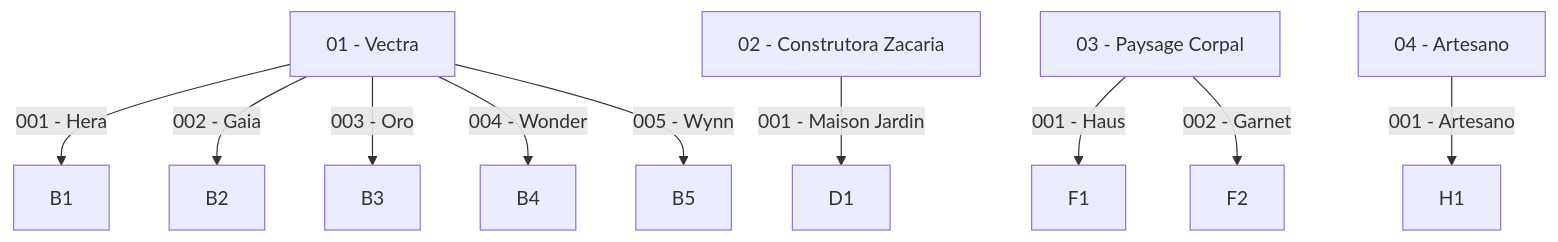
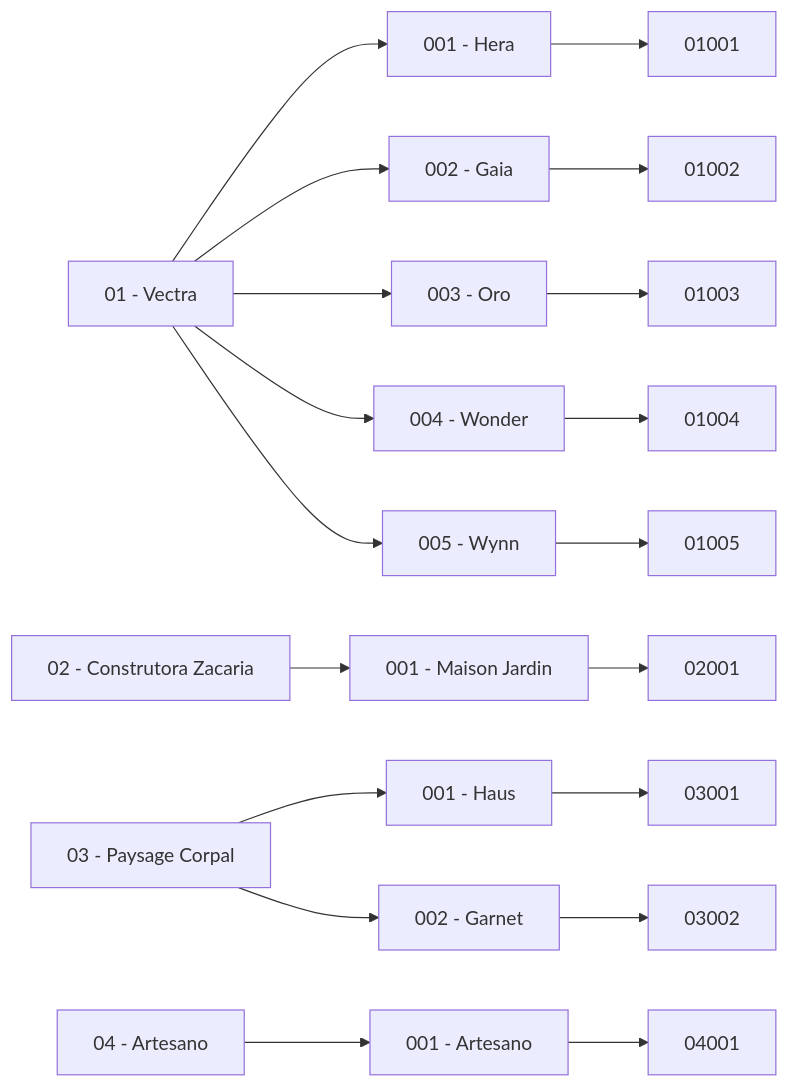
The third of 3 diagrams in readme.md (leadzsoftware/cmsouza), drawn with Mermaid before and after one commit.

Commit message:
flowchart

````diff
--- a/readme.md
+++ b/readme.md
@@ -245,12 +245,18 @@
 ```mermaid
-graph TD
-    A[01 - Vectra] -->|001 - Hera| B1
-    A -->|002 - Gaia| B2
-    A -->|003 - Oro| B3
-    A -->|004 - Wonder| B4
-    A -->|005 - Wynn| B5
-    C[02 - Construtora Zacaria] -->|001 - Maison Jardin| D1
-    E[03 - Paysage Corpal] -->|001 - Haus| F1
-    E -->|002 - Garnet| F2
-    G[04 - Artesano] -->|001 - Artesano| H1
+flowchart LR
+    A["01 - Vectra"] --> A1["001 - Hera"] & A2["002 - Gaia"] & A3["003 - Oro"] & A4["004 - Wonder"] & A5["005 - Wynn"]
+    B["02 - Construtora Zacaria"] --> B1["001 - Maison Jardin"]
+    C["03 - Paysage Corpal"] --> C1["001 - Haus"] & C2["002 - Garnet"]
+    D["04 - Artesano"] --> D1["001 - Artesano"]
+    A1 --> nv["01001"]
+    A2 --> n0["01002"]
+    A3 --> nt["01003"]
+    A4 --> nf["01004"]
+    A5 --> nh["01005"]
+    B1 --> nn["02001"]
+    C1 --> nk["03001"]
+    C2 --> n9["03002"]
+    D1 --> nq["04001"]
+
+
 ```
````
